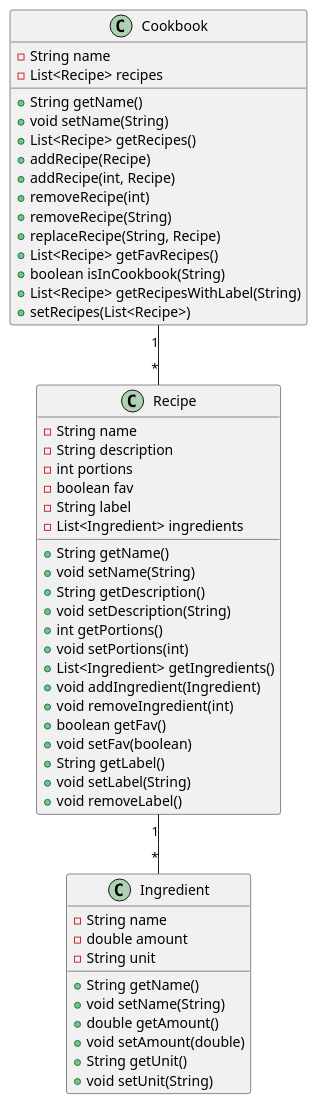
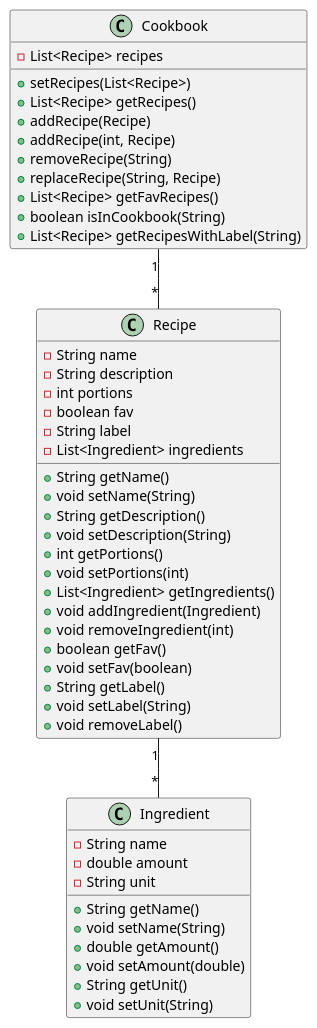
The diagram in foodie/core/src/main/java/foodie/core/classdiagram.puml (FridaK-sys/Foodie), drawn with PlantUML before and after one commit. The commit also changed 1 other file, not shown here.

Commit message:
fix: updated class diagram

```diff
--- a/foodie/core/src/main/java/foodie/core/classdiagram.puml
+++ b/foodie/core/src/main/java/foodie/core/classdiagram.puml
@@ -1,52 +1,48 @@
 @startuml
 Cookbook "1" -- "*" Recipe
 Recipe "1" -- "*" Ingredient
 
-Cookbook : -String name
 Cookbook : -List<Recipe> recipes
-Cookbook : +String getName()
-Cookbook : +void setName(String)
+Cookbook : +setRecipes(List<Recipe>)
 Cookbook : +List<Recipe> getRecipes()
 Cookbook : +addRecipe(Recipe)
 Cookbook : +addRecipe(int, Recipe)
-Cookbook : +removeRecipe(int)
 Cookbook : +removeRecipe(String)
 Cookbook : +replaceRecipe(String, Recipe)
 Cookbook : +List<Recipe> getFavRecipes()
 Cookbook : +boolean isInCookbook(String)
 Cookbook : +List<Recipe> getRecipesWithLabel(String)
-Cookbook : +setRecipes(List<Recipe>)
 
 
 Recipe : -String name
 Recipe : -String description
 Recipe : -int portions
 Recipe : -boolean fav
 Recipe : -String label
 Recipe : -List<Ingredient> ingredients
 Recipe : +String getName()
 Recipe : +void setName(String)
 Recipe : +String getDescription()
 Recipe : +void setDescription(String)
 Recipe : +int getPortions()
 Recipe : +void setPortions(int)
 Recipe : +List<Ingredient> getIngredients()
 Recipe : +void addIngredient(Ingredient)
 Recipe : +void removeIngredient(int)
 Recipe : +boolean getFav()
 Recipe : +void setFav(boolean)
 Recipe : +String getLabel()
 Recipe : +void setLabel(String)
 Recipe : +void removeLabel()
 
 Ingredient : -String name
 Ingredient : -double amount
 Ingredient : -String unit
 Ingredient : +String getName()
 Ingredient : +void setName(String)
 Ingredient : +double getAmount()
 Ingredient : +void setAmount(double)
 Ingredient : +String getUnit()
 Ingredient : +void setUnit(String)
 
 @enduml
```
